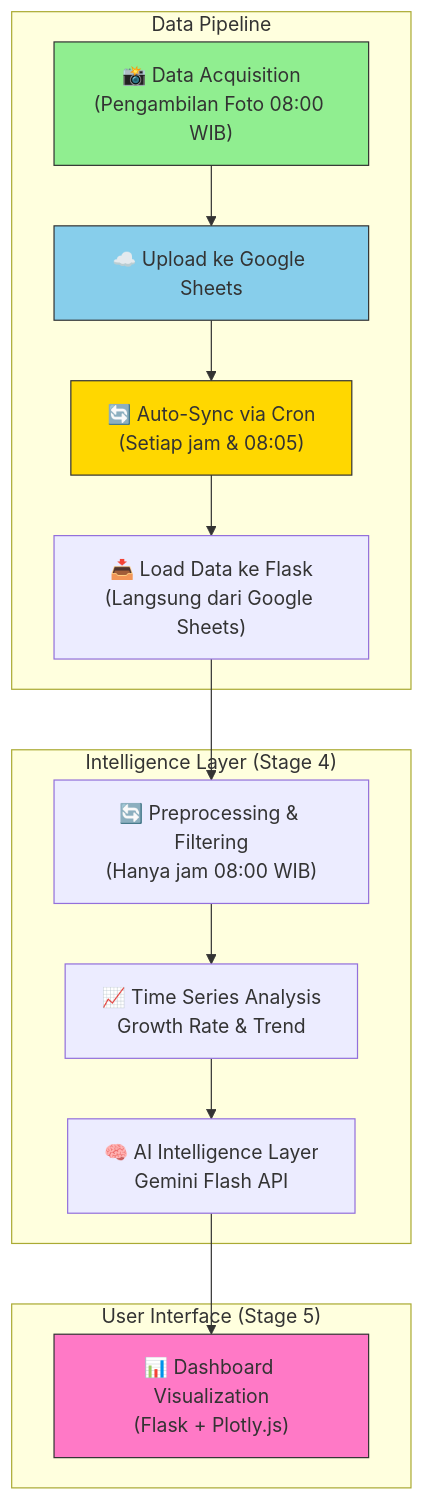
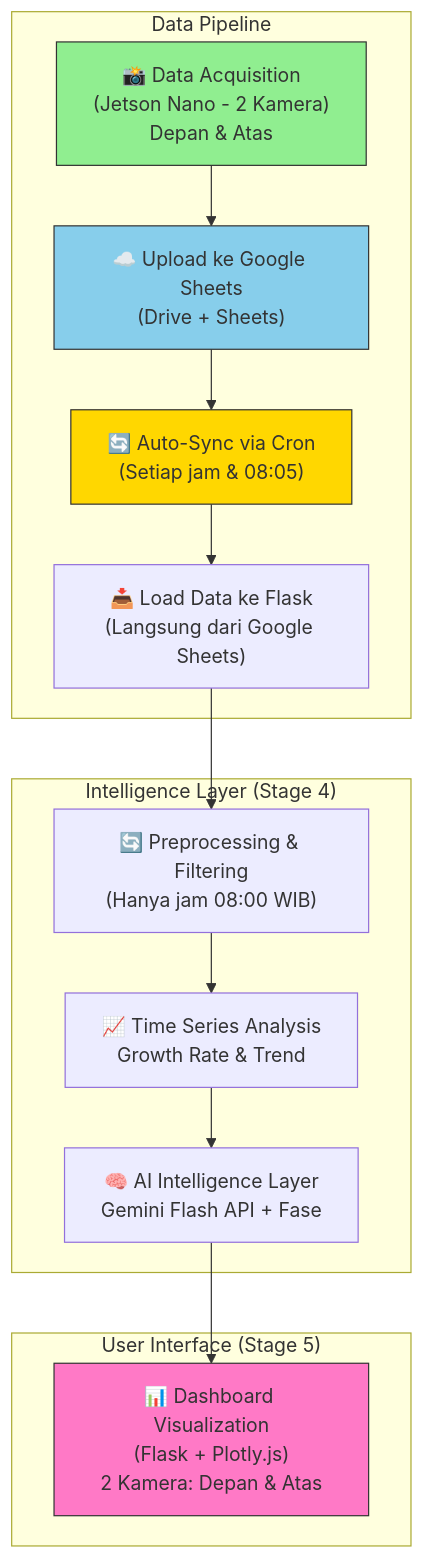
The diagram in 4-5/README.md (ficrammanifur/time-series-citra), drawn with Mermaid before and after one commit. The commit also changed other lines of this file, not shown here.

````diff
--- a/4-5/README.md
+++ b/4-5/README.md
@@ -43,38 +82,38 @@
 ```mermaid
 %%{init: {"flowchart": {"htmlLabels": false}}}%%
 flowchart TD
-    A["📸 Data Acquisition\n(Pengambilan Foto 08:00 WIB)"] 
-    --> B["☁️ Upload ke Google Sheets"]
+    A["📸 Data Acquisition\n(Jetson Nano - 2 Kamera)\nDepan & Atas"] 
+    --> B["☁️ Upload ke Google Sheets\n(Drive + Sheets)"]
 
     B --> C["🔄 Auto-Sync via Cron\n(Setiap jam & 08:05)"]
     C --> D["📥 Load Data ke Flask\n(Langsung dari Google Sheets)"]
 
     D --> E["🔄 Preprocessing & Filtering\n(Hanya jam 08:00 WIB)"]
 
     E --> F["📈 Time Series Analysis\nGrowth Rate & Trend"]
-    F --> G["🧠 AI Intelligence Layer\nGemini Flash API"]
+    F --> G["🧠 AI Intelligence Layer\nGemini Flash API + Fase"]
 
-    G --> H["📊 Dashboard Visualization\n(Flask + Plotly.js)"]
+    G --> H["📊 Dashboard Visualization\n(Flask + Plotly.js)\n2 Kamera: Depan & Atas"]
 
     subgraph "Data Pipeline"
         A
         B
         C
         D
     end
 
     subgraph "Intelligence Layer (Stage 4)"
         E
         F
         G
     end
 
     subgraph "User Interface (Stage 5)"
         H
     end
 
     style A fill:#90EE90,stroke:#333
     style B fill:#87CEEB,stroke:#333
     style C fill:#FFD700,stroke:#333
     style H fill:#FF79C6,stroke:#333
 ```
````
